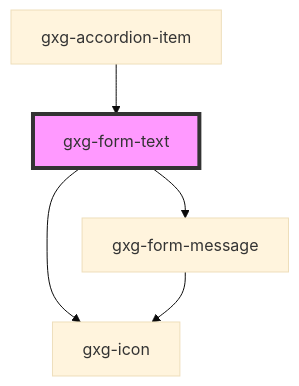
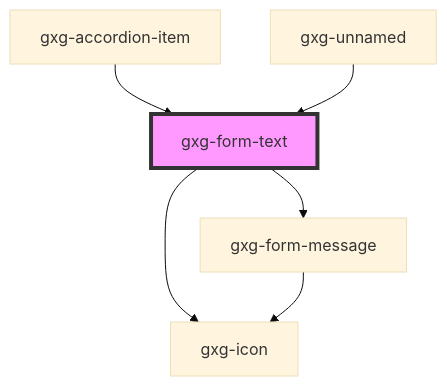
The diagram in src/components/form-text/readme.md (genexuslabs/gemini), drawn with Mermaid (base theme) before and after one commit. The commit also changed other lines of this file and 8 other files, not shown here.

````diff
--- a/src/components/form-text/readme.md
+++ b/src/components/form-text/readme.md
@@ -75,8 +76,9 @@
 ```mermaid
 graph TD;
   gxg-form-text --> gxg-icon
   gxg-form-text --> gxg-form-message
   gxg-form-message --> gxg-icon
   gxg-accordion-item --> gxg-form-text
+  gxg-unnamed --> gxg-form-text
   style gxg-form-text fill:#f9f,stroke:#333,stroke-width:4px
 ```
````
